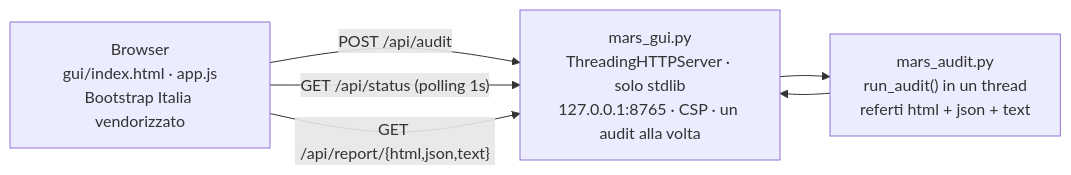
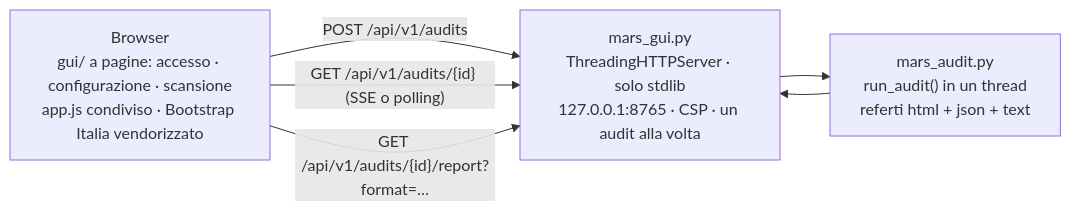
Before and after one commit to saulusprime/MARS-Beacon: the second of 2 diagrams in README.md, drawn with Mermaid. The commit also changed other lines of this file and 14 other files, not shown here.

````diff
--- a/README.md
+++ b/README.md
@@ -646,10 +664,10 @@
 ```mermaid
 flowchart LR
-    B["Browser<br/>gui/index.html · app.js<br/>Bootstrap Italia vendorizzato"]
+    B["Browser<br/>gui/ a pagine: accesso · configurazione · scansione<br/>app.js condiviso · Bootstrap Italia vendorizzato"]
     S["mars_gui.py<br/>ThreadingHTTPServer · solo stdlib<br/>127.0.0.1:8765 · CSP · un audit alla volta"]
     A["mars_audit.py<br/>run_audit() in un thread<br/>referti html + json + text"]
-    B -->|"POST /api/audit"| S
-    B -->|"GET /api/status (polling 1s)"| S
-    B -->|"GET /api/report/{html,json,text}"| S
+    B -->|"POST /api/v1/audits"| S
+    B -->|"GET /api/v1/audits/{id} (SSE o polling)"| S
+    B -->|"GET /api/v1/audits/{id}/report?format=…"| S
     S --> A --> S
 ```
````
